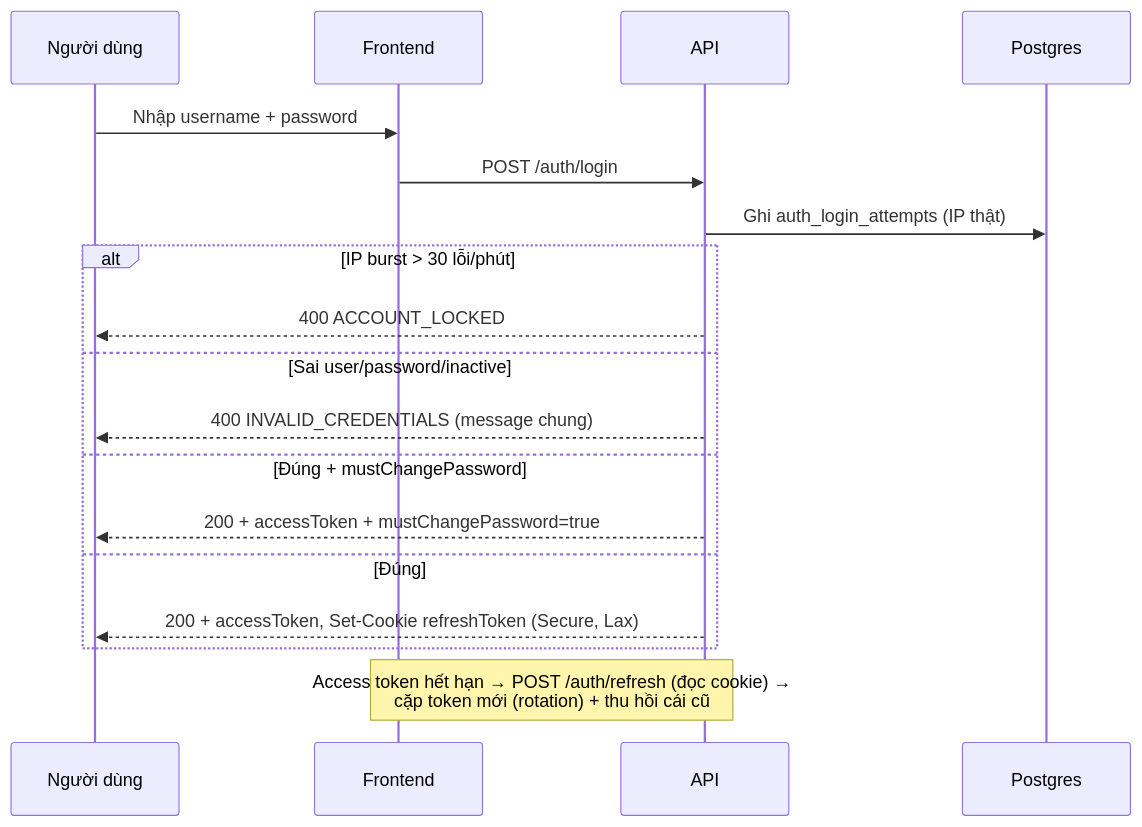
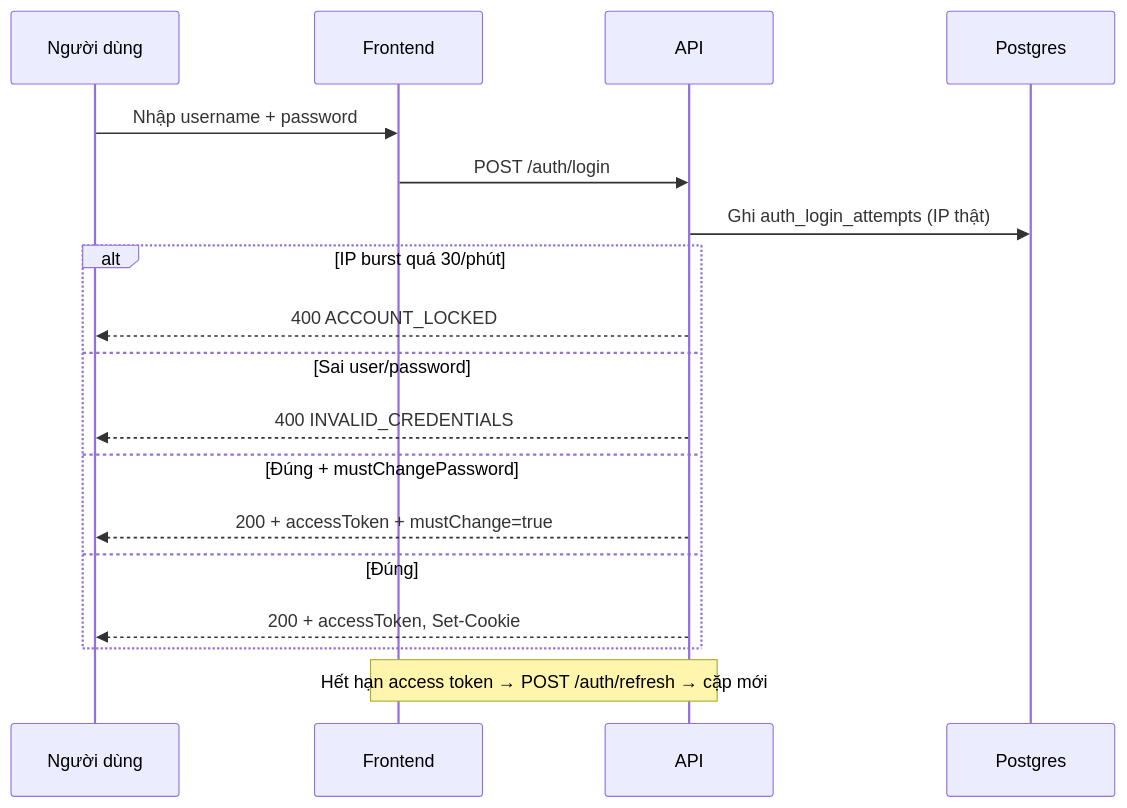
The first of 2 diagrams in docs/guide/10-sequence-auth.md (toannd18/mirats), drawn with Mermaid before and after one commit. The commit also changed 7 other files, not shown here.

Commit message:
docs(guide): flowchart thay C4 vo + rut gon sequence + ERD khop snapshot

````diff
--- a/docs/guide/10-sequence-auth.md
+++ b/docs/guide/10-sequence-auth.md
@@ -12,21 +12,21 @@
 ```mermaid
 sequenceDiagram
     participant U as Người dùng
     participant FE as Frontend
     participant API as API
     participant DB as Postgres
 
     U->>FE: Nhập username + password
     FE->>API: POST /auth/login
     API->>DB: Ghi auth_login_attempts (IP thật)
-    alt IP burst > 30 lỗi/phút
+    alt IP burst quá 30/phút
         API-->>U: 400 ACCOUNT_LOCKED
-    else Sai user/password/inactive
-        API-->>U: 400 INVALID_CREDENTIALS (message chung)
+    else Sai user/password
+        API-->>U: 400 INVALID_CREDENTIALS
     else Đúng + mustChangePassword
-        API-->>U: 200 + accessToken + mustChangePassword=true
+        API-->>U: 200 + accessToken + mustChange=true
     else Đúng
-        API-->>U: 200 + accessToken, Set-Cookie refreshToken (Secure, Lax)
+        API-->>U: 200 + accessToken, Set-Cookie
     end
-    Note over FE,API: Access token hết hạn → POST /auth/refresh (đọc cookie) →<br/>cặp token mới (rotation) + thu hồi cái cũ
+    Note over FE,API: Hết hạn access token → POST /auth/refresh → cặp mới
 ```
````
